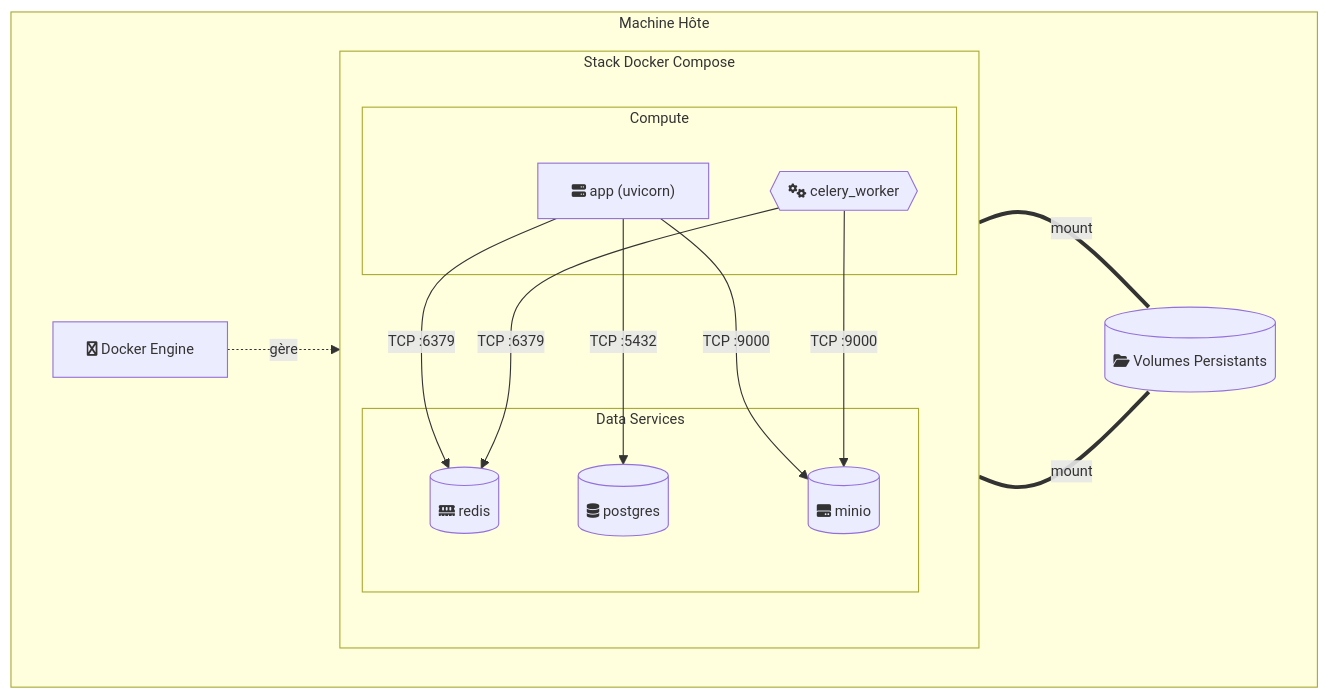
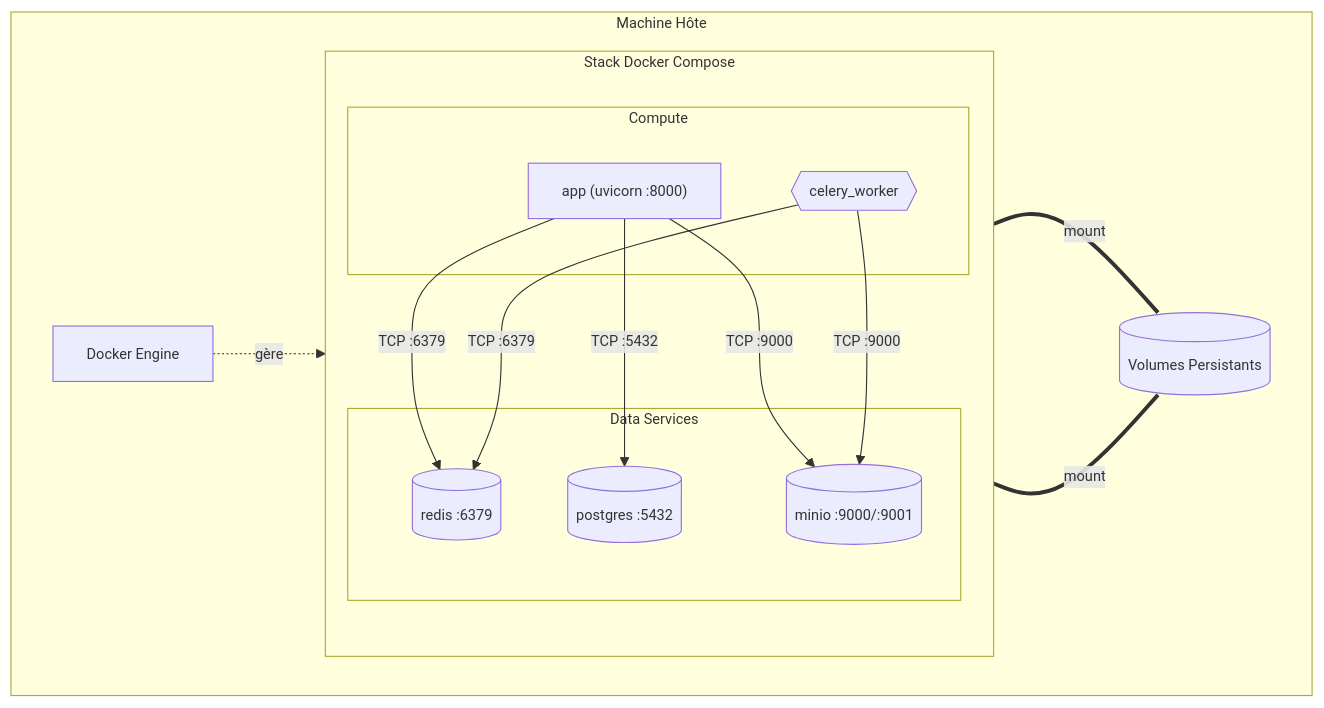
One commit to floorian651/pulsedash changed the second of 2 diagrams in docs/dev/architecture.md. Above: the diagram before and after it, drawn with Mermaid. The commit also changed other lines of this file and 10 other files, not shown here.

Commit message:
docs: rename site to PulseDash, update architecture docs

````diff
--- a/docs/dev/architecture.md
+++ b/docs/dev/architecture.md
@@ -78,36 +86,36 @@
 ```mermaid
 %%{init: {'themeVariables': { 'fontFamily': 'Fira Code, Consolas, Monaco, monospace', 'fontSize': '13px'}, 'flowchart': { 'curve': 'basis' } } }%%
 flowchart TD
   subgraph Host [ Machine Hôte ]
-    DockerEngine["fa:fa-docker Docker Engine"]
+    DockerEngine["Docker Engine"]
 
     subgraph ComposeStack [ Stack Docker Compose ]
         direction TB
 
         subgraph Compute [ Compute ]
-            app["fa:fa-server app (uvicorn)"]
-            worker{{"fa:fa-cogs celery_worker"}}
+            app["app (uvicorn :8000)"]
+            worker{{"celery_worker"}}
         end
 
         subgraph DataServices [ Data Services ]
-            redis[("fa:fa-memory redis")]
-            db[("fa:fa-database postgres")]
-            minio[("fa:fa-hdd minio")]
+            redis[("redis :6379")]
+            db[("postgres :5432")]
+            minio[("minio :9000/:9001")]
         end
     end
 
-    Volumes[("fa:fa-folder-open Volumes Persistants")]
+    Volumes[("Volumes Persistants")]
   end
 
   DockerEngine -.->|"gère"| ComposeStack
 
   app -->|"TCP :6379"| redis
   app -->|"TCP :5432"| db
   app -->|"TCP :9000"| minio
 
   worker -->|"TCP :6379"| redis
   worker -->|"TCP :9000"| minio
 
   db ===|"mount"| Volumes
   minio ===|"mount"| Volumes
 ```
````
